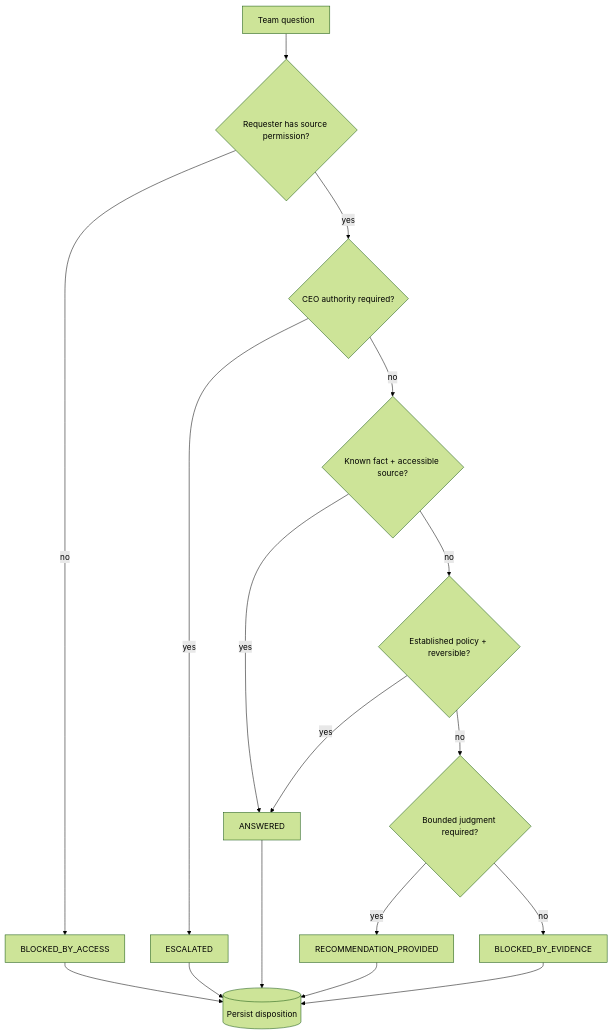
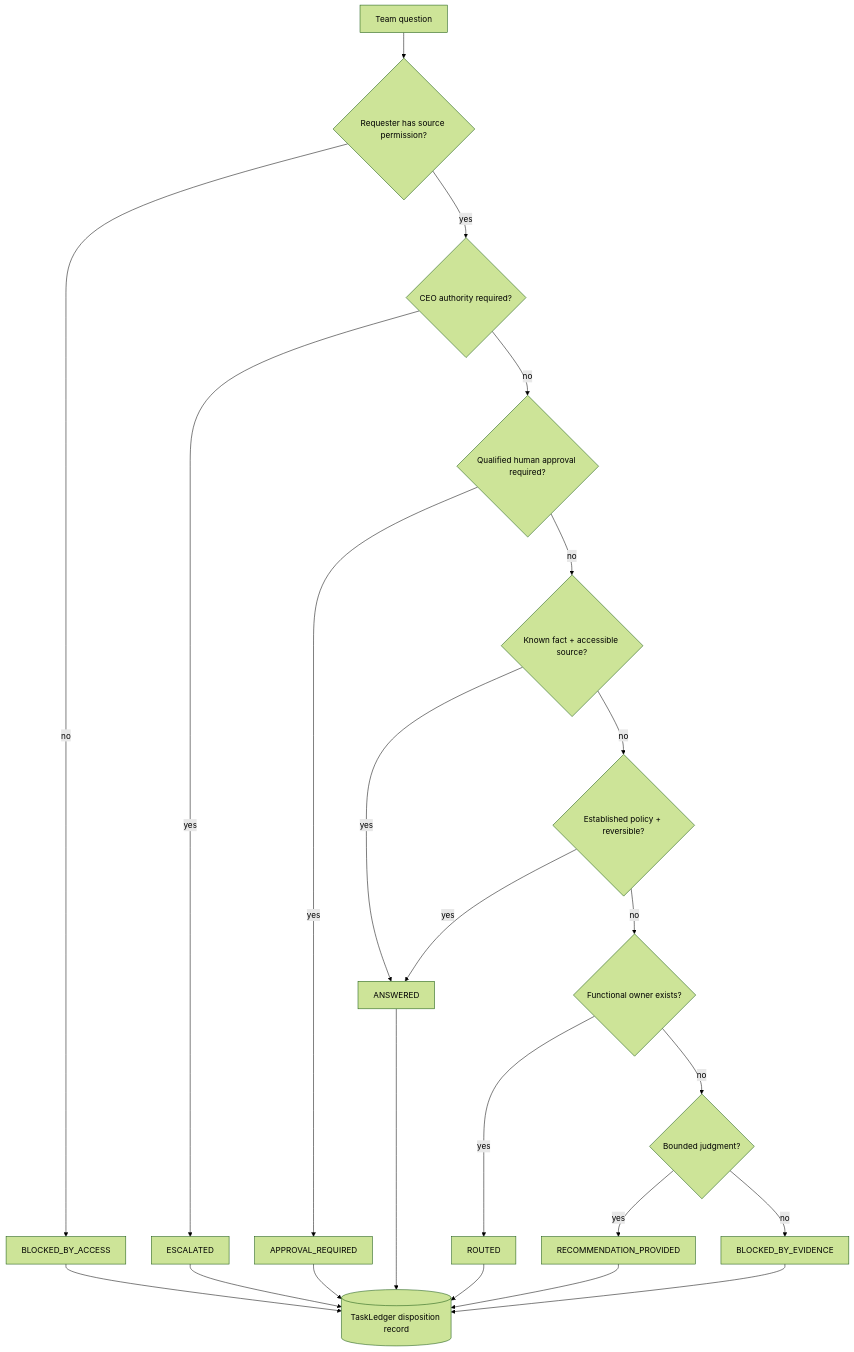
The first of 2 diagrams in docs/answer-desk.md (mkleinbe/mesh-ai-agent-cos-universe), drawn with Mermaid (forest theme) before and after one commit. The commit also changed other lines of this file, not shown here.

````diff
--- a/docs/answer-desk.md
+++ b/docs/answer-desk.md
@@ -7,20 +7,26 @@
 ```mermaid
 flowchart TB
     Q[Team question] --> P{Requester has source permission?}
     P -->|no| BA[BLOCKED_BY_ACCESS]
     P -->|yes| CEO{CEO authority required?}
     CEO -->|yes| ES[ESCALATED]
-    CEO -->|no| KF{Known fact + accessible source?}
+    CEO -->|no| AP{Qualified human approval required?}
+    AP -->|yes| AR[APPROVAL_REQUIRED]
+    AP -->|no| KF{Known fact + accessible source?}
     KF -->|yes| AN[ANSWERED]
     KF -->|no| POL{Established policy + reversible?}
     POL -->|yes| AN
-    POL -->|no| J{Bounded judgment required?}
+    POL -->|no| FO{Functional owner exists?}
+    FO -->|yes| RO[ROUTED]
+    FO -->|no| J{Bounded judgment?}
     J -->|yes| RP[RECOMMENDATION_PROVIDED]
     J -->|no| BE[BLOCKED_BY_EVIDENCE]
 
-    BA --> L[(Persist disposition)]
+    BA --> L[(TaskLedger disposition record)]
     ES --> L
+    AR --> L
     AN --> L
+    RO --> L
     RP --> L
     BE --> L
 ```
````
